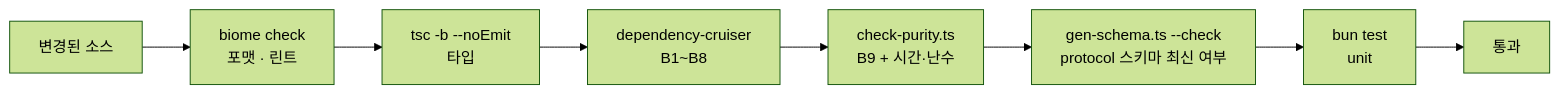
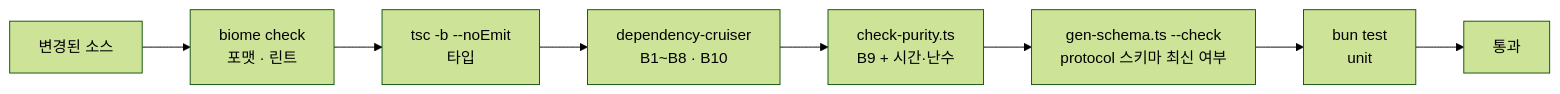
The second of 5 diagrams in docs/design/01-repository-structure.md (1985jwlee/portpolio_backend), drawn with Mermaid (forest theme) before and after one commit. The commit also changed other lines of this file and 33 other files, not shown here.

````diff
--- a/docs/design/01-repository-structure.md
+++ b/docs/design/01-repository-structure.md
@@ -178,10 +182,10 @@
 ```mermaid
 flowchart LR
     SRC["변경된 소스"] --> BIO["biome check<br/>포맷 · 린트"]
     BIO --> TSC["tsc -b --noEmit<br/>타입"]
-    TSC --> DC["dependency-cruiser<br/>B1~B8"]
+    TSC --> DC["dependency-cruiser<br/>B1~B8 · B10"]
     DC --> PUR["check-purity.ts<br/>B9 + 시간·난수"]
     PUR --> GEN["gen-schema.ts --check<br/>protocol 스키마 최신 여부"]
     GEN --> TST["bun test<br/>unit"]
     TST --> OK["통과"]
 ```
````
